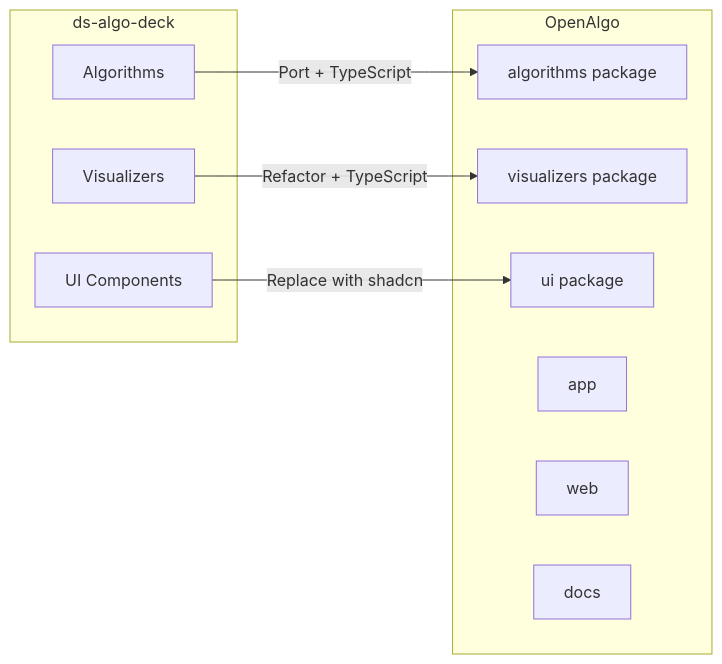
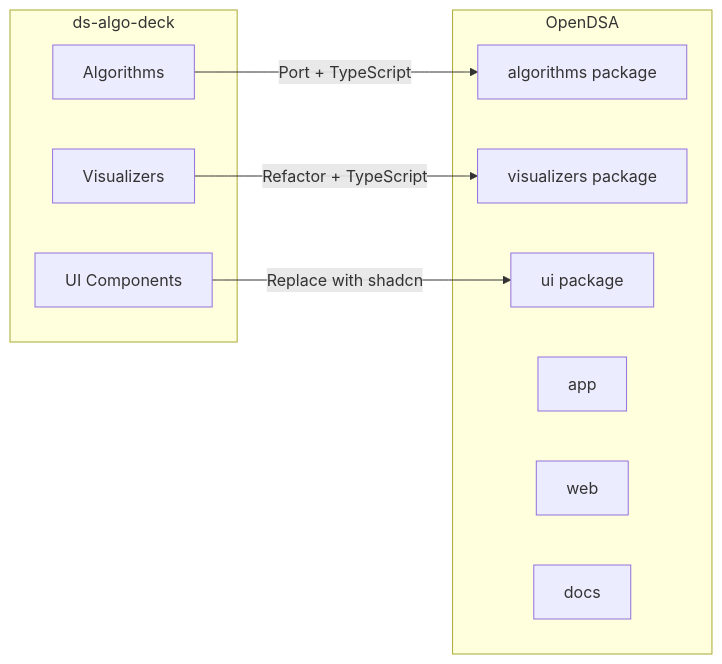
Before and after one commit to ivxndavid/opendsa: the first of 2 diagrams in apps/docs/internal/OPENALGO_MIGRATION.md, drawn with Mermaid. The commit also changed other lines of this file and 14 other files, not shown here.

````diff
--- a/apps/docs/internal/OPENALGO_MIGRATION.md
+++ b/apps/docs/internal/OPENALGO_MIGRATION.md
@@ -48,21 +48,21 @@
 ```mermaid
 flowchart LR
     subgraph Current[ds-algo-deck]
         OldAlgos[Algorithms]
         OldViz[Visualizers]
         OldUI[UI Components]
     end
 
-    subgraph New[OpenAlgo]
+    subgraph New[OpenDSA]
         NewAlgos[algorithms package]
         NewViz[visualizers package]
         NewUI[ui package]
         NewApp[app]
         NewWeb[web]
         NewDocs[docs]
     end
 
     OldAlgos -->|Port + TypeScript| NewAlgos
     OldViz -->|Refactor + TypeScript| NewViz
     OldUI -->|Replace with shadcn| NewUI
 ```
````
